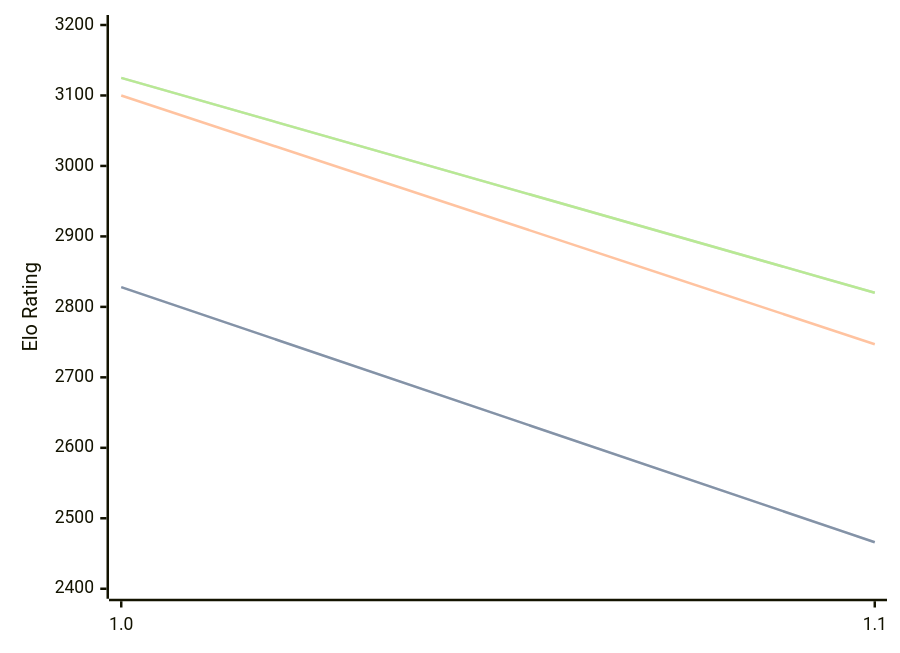
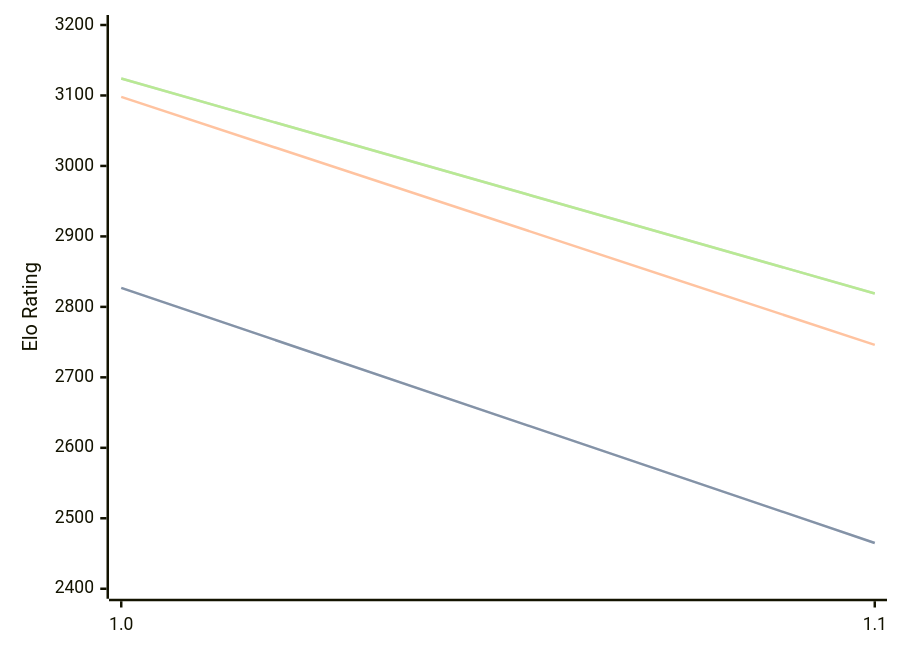
The third of 3 diagrams in engines/Publius.md (computer-chess-index/cci), drawn with Mermaid before and after one commit. The commit also changed other lines of this file, not shown here.

Commit message:
Update CCI Ratings (ELO VLTC) - 2026-07-15

````diff
--- a/engines/Publius.md
+++ b/engines/Publius.md
@@ -65,11 +65,11 @@
 ```mermaid
 %%{init: {"theme":"base","themeVariables":{"seriesColors:['#a3a3a3','#222221','#faa371']}}}%%
 xychart-beta
   x-axis ["1.0", "1.1"]
   y-axis "Elo Rating" 2400 --> 3200
-  line "STC (8.0+0.08s)" [2828, 2466]
-  line "STC (8.0+0.08s)" [2828, 2466]
-  line "LTC (60.0+0.60s)" [3100, 2747]
-  line "VLTC (2m24s+1.12s)" [3125, 2820]
-  line "VLTC (2m24s+1.12s)" [3125, 2820]
+  line "STC (8.0+0.08s)" [2827, 2465]
+  line "STC (8.0+0.08s)" [2827, 2465]
+  line "LTC (60.0+0.60s)" [3098, 2746]
+  line "VLTC (2m24s+1.12s)" [3124, 2819]
+  line "VLTC (2m24s+1.12s)" [3124, 2819]
 ```
````
